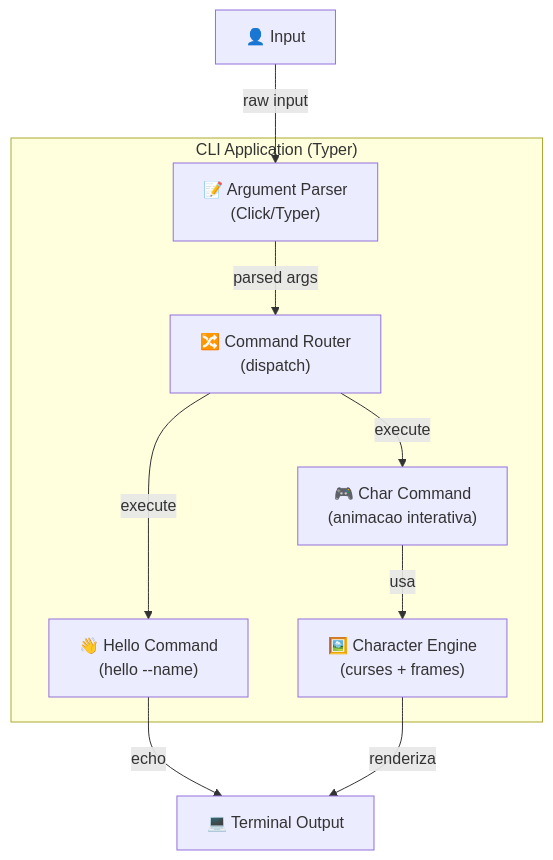
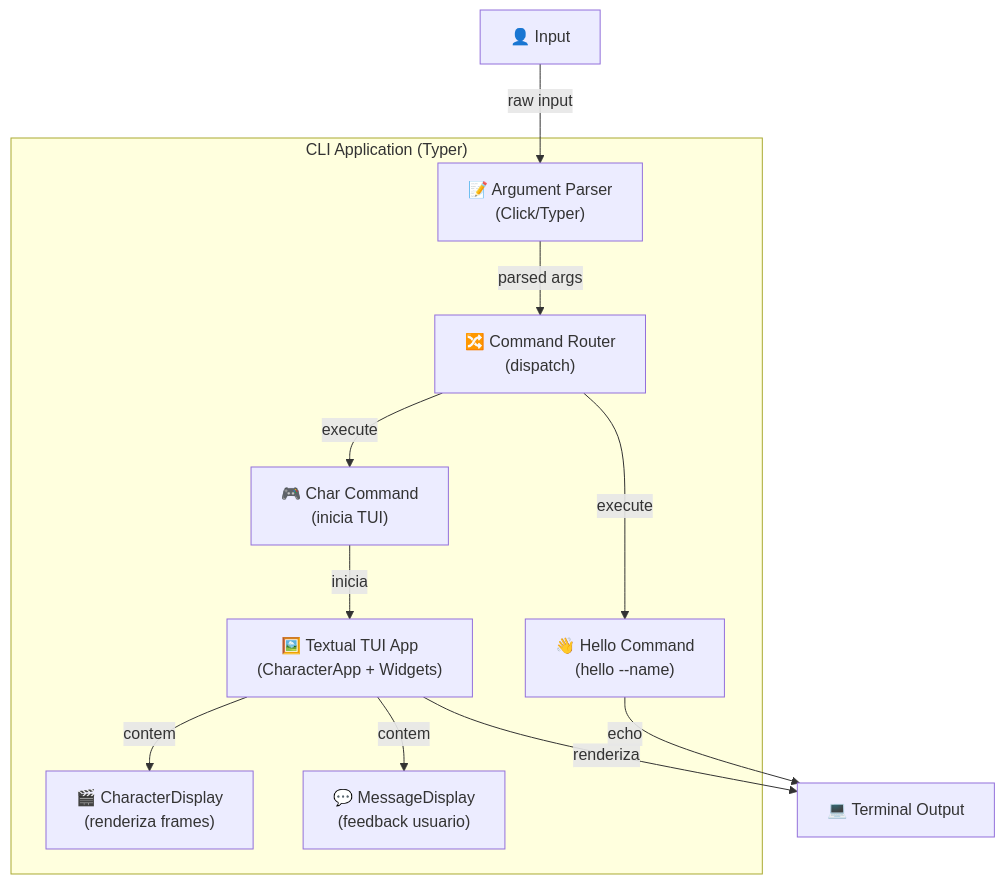
The third of 5 diagrams in C4_ARCHITECTURE.md (mathbalon/bit), drawn with Mermaid before and after one commit. The commit also changed other lines of this file and 1 other file, not shown here.

First line of the commit message:
docs: update documentation for Textual TUI migration

````diff
--- a/C4_ARCHITECTURE.md
+++ b/C4_ARCHITECTURE.md
@@ -59,22 +59,26 @@
 ```mermaid
 graph TB
     User["👤 Input"]
 
     subgraph CLI["CLI Application (Typer)"]
         ArgParser["📝 Argument Parser<br/>(Click/Typer)"]
         CommandRouter["🔀 Command Router<br/>(dispatch)"]
         HelloCommand["👋 Hello Command<br/>(hello --name)"]
-        CharCommand["🎮 Char Command<br/>(animacao interativa)"]
-        CharEngine["🖼️ Character Engine<br/>(curses + frames)"]
+        CharCommand["🎮 Char Command<br/>(inicia TUI)"]
+        TUI["🖼️ Textual TUI App<br/>(CharacterApp + Widgets)"]
+        CharDisplay["🎬 CharacterDisplay<br/>(renderiza frames)"]
+        MessageDisplay["💬 MessageDisplay<br/>(feedback usuario)"]
     end
 
     Terminal["💻 Terminal Output"]
 
     User -->|raw input| ArgParser
     ArgParser -->|parsed args| CommandRouter
     CommandRouter -->|execute| HelloCommand
     CommandRouter -->|execute| CharCommand
     HelloCommand -->|echo| Terminal
-    CharCommand -->|usa| CharEngine
-    CharEngine -->|renderiza| Terminal
+    CharCommand -->|inicia| TUI
+    TUI -->|contem| CharDisplay
+    TUI -->|contem| MessageDisplay
+    TUI -->|renderiza| Terminal
 ```
````
